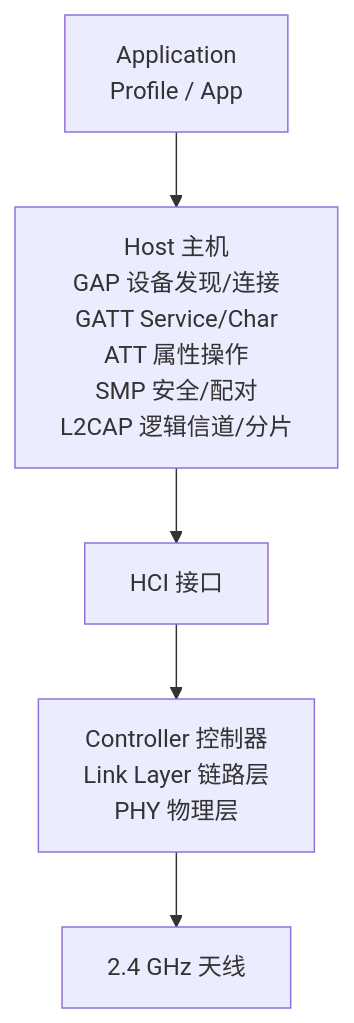
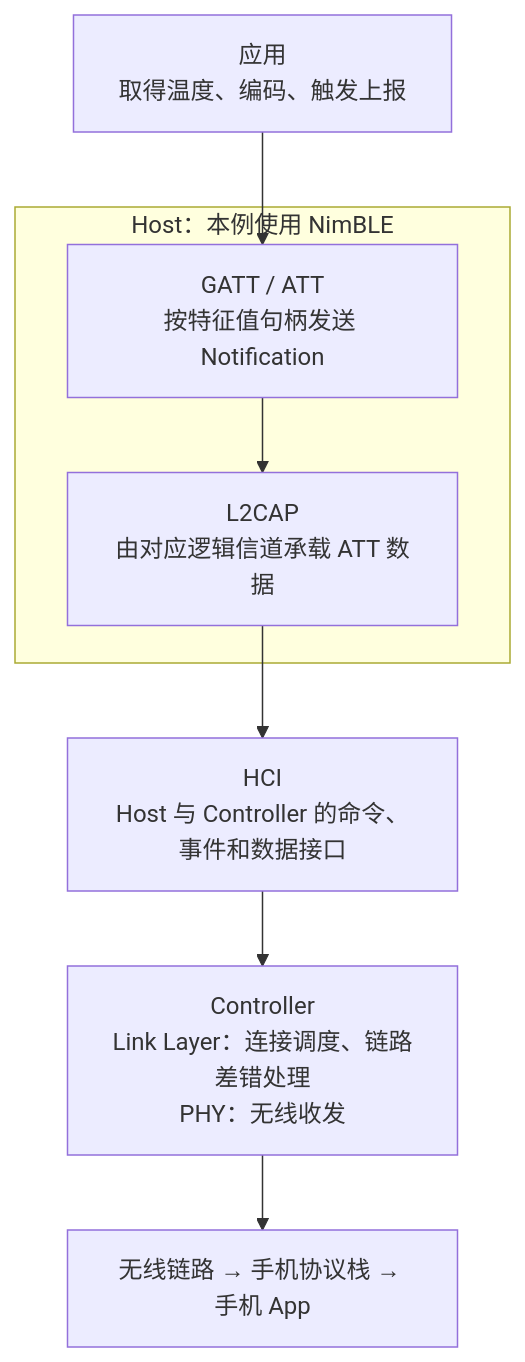
One commit to jh632/Obsidian_Note changed the sixth of 6 diagrams in note/嵌入式/BLE/03-BLE协议栈.md. Above: the diagram before and after it, drawn with Mermaid. The commit also changed other lines of this file and 34 other files, not shown here.

````diff
--- a/note/嵌入式/BLE/03-BLE协议栈.md
+++ b/note/嵌入式/BLE/03-BLE协议栈.md
@@ -21,9 +327,14 @@
 ```mermaid
 flowchart TB
-    App["Application<br/>Profile / App"]
-    Host["Host 主机<br/>GAP 设备发现/连接<br/>GATT Service/Char<br/>ATT 属性操作<br/>SMP 安全/配对<br/>L2CAP 逻辑信道/分片"]
-    HCI["HCI 接口"]
-    Ctrl["Controller 控制器<br/>Link Layer 链路层<br/>PHY 物理层"]
-    RF["2.4 GHz 天线"]
-    App --> Host --> HCI --> Ctrl --> RF
+    APP["应用<br/>取得温度、编码、触发上报"]
+    subgraph HOST["Host：本例使用 NimBLE"]
+        GA["GATT / ATT<br/>按特征值句柄发送 Notification"]
+        L2["L2CAP<br/>由对应逻辑信道承载 ATT 数据"]
+        GA --> L2
+    end
+    HC["HCI<br/>Host 与 Controller 的命令、事件和数据接口"]
+    CT["Controller<br/>Link Layer：连接调度、链路差错处理<br/>PHY：无线收发"]
+    PHONE["无线链路 → 手机协议栈 → 手机 App"]
+    APP --> GA
+    L2 --> HC --> CT --> PHONE
 ```
````
